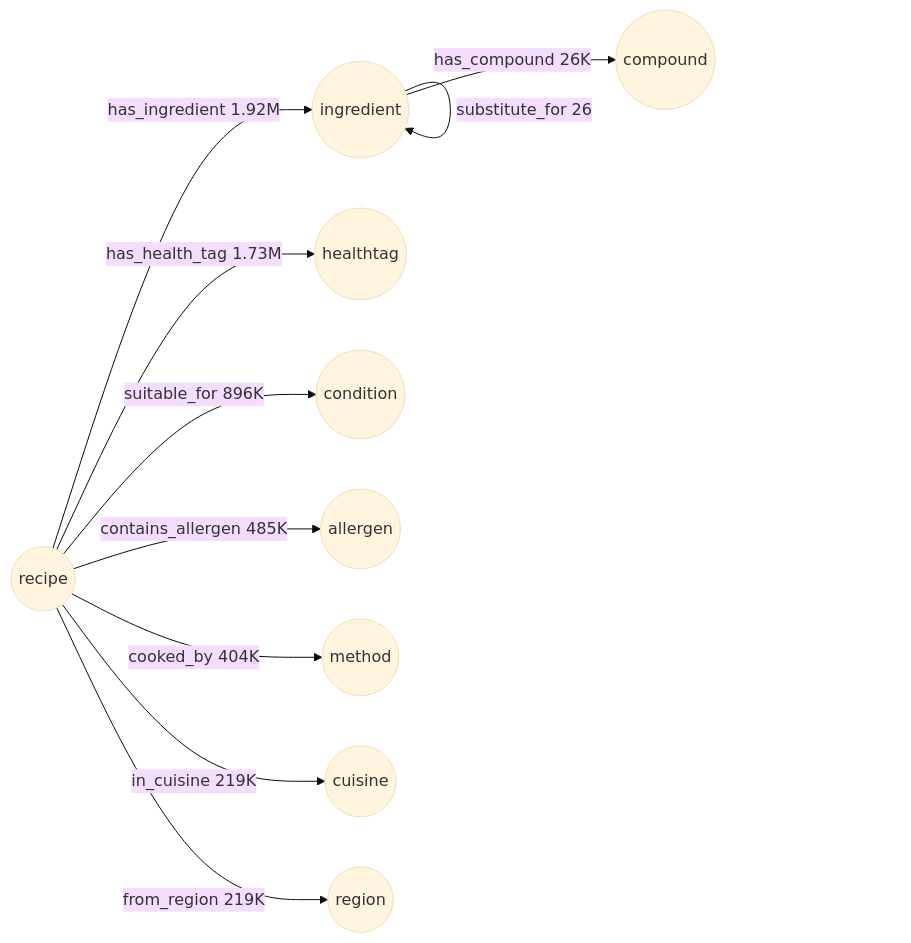
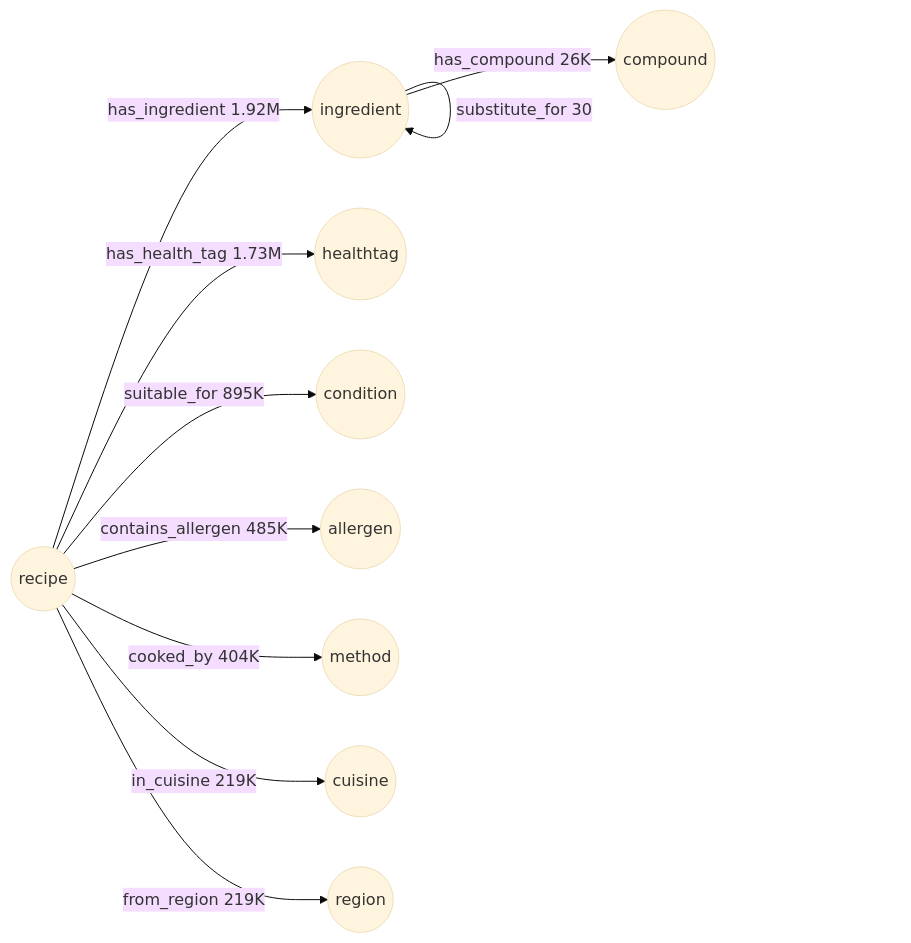
The second of 2 diagrams in README.md (Poshaka-Research-Lab/IndicRecipeNutri-dataset), drawn with Mermaid (base theme) before and after one commit. The commit also changed other lines of this file and 29 other files, not shown here.

````diff
--- a/README.md
+++ b/README.md
@@ -304,13 +318,13 @@
 ```mermaid
 graph LR
     R((recipe)) -->|has_ingredient 1.92M| I((ingredient))
     R -->|has_health_tag 1.73M| H((healthtag))
-    R -->|suitable_for 896K| D((condition))
+    R -->|suitable_for 895K| D((condition))
     R -->|contains_allergen 485K| A((allergen))
     R -->|cooked_by 404K| M((method))
     R -->|in_cuisine 219K| C((cuisine))
     R -->|from_region 219K| G((region))
     I -->|has_compound 26K| P((compound))
-    I -->|pairs_with 3.2K| I
-    I -->|substitute_for 26| I
+    I -->|pairs_with 3.3K| I
+    I -->|substitute_for 30| I
 ```
````
